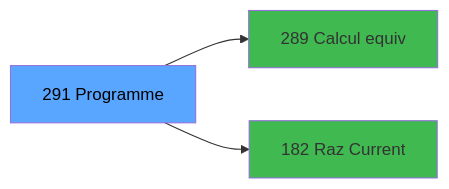
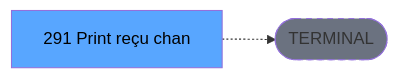
Before and after one commit to thonyAGP/lecteur-magic: the third of 3 diagrams in .openspec/renders/ADH-IDE-291.md, drawn with Mermaid. The commit also changed other lines of this file and 701 other files, not shown here.

````diff
--- a/.openspec/renders/ADH-IDE-291.md
+++ b/.openspec/renders/ADH-IDE-291.md
@@ -134,11 +136,8 @@
 ```mermaid
 graph LR
-    T[291 Programme]
-    C289[289 Calcul equiv]
-    T --> C289
-    C182[182 Raz Current ]
-    T --> C182
+    T[291 Print reçu chan]
+    TERM([TERMINAL])
+    T -.-> TERM
+    style TERM fill:#6b7280,stroke-dasharray: 5 5
     style T fill:#58a6ff,color:#000
-    style C289 fill:#3fb950
-    style C182 fill:#3fb950
 ```
````
